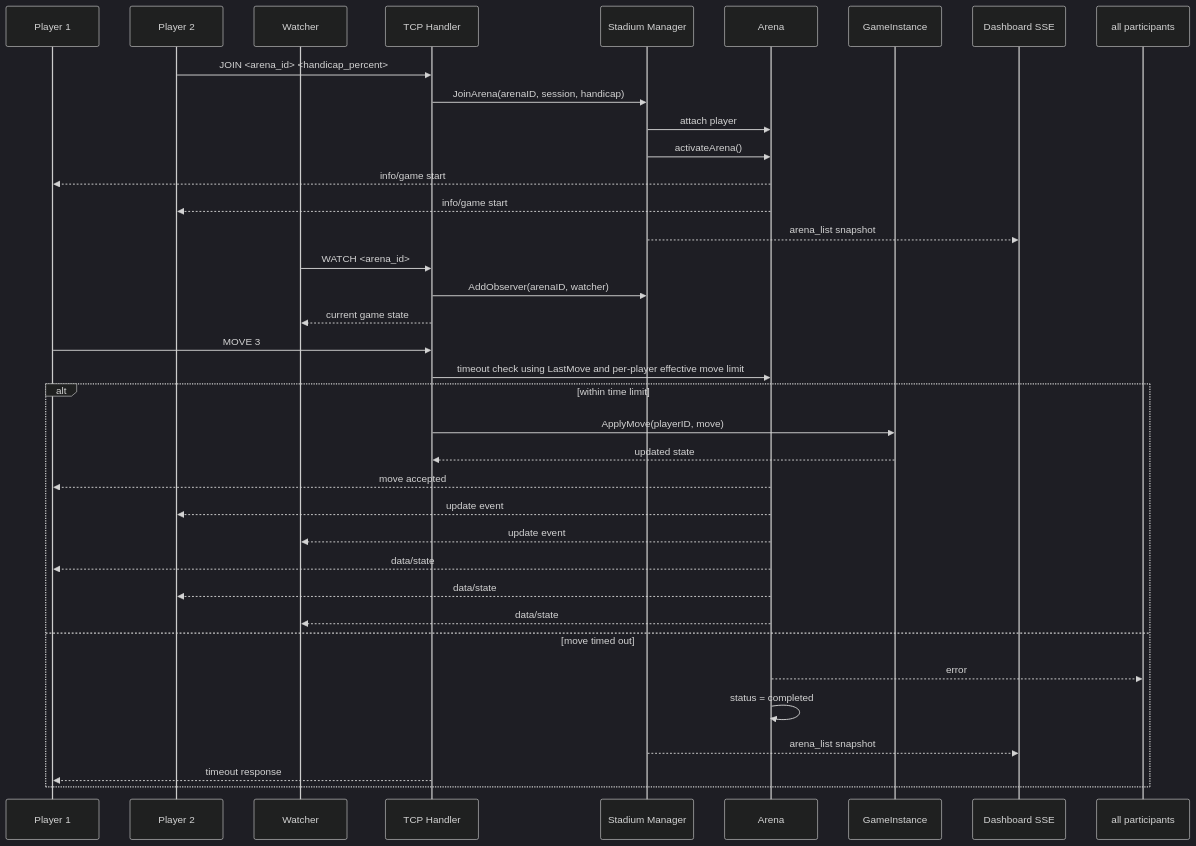
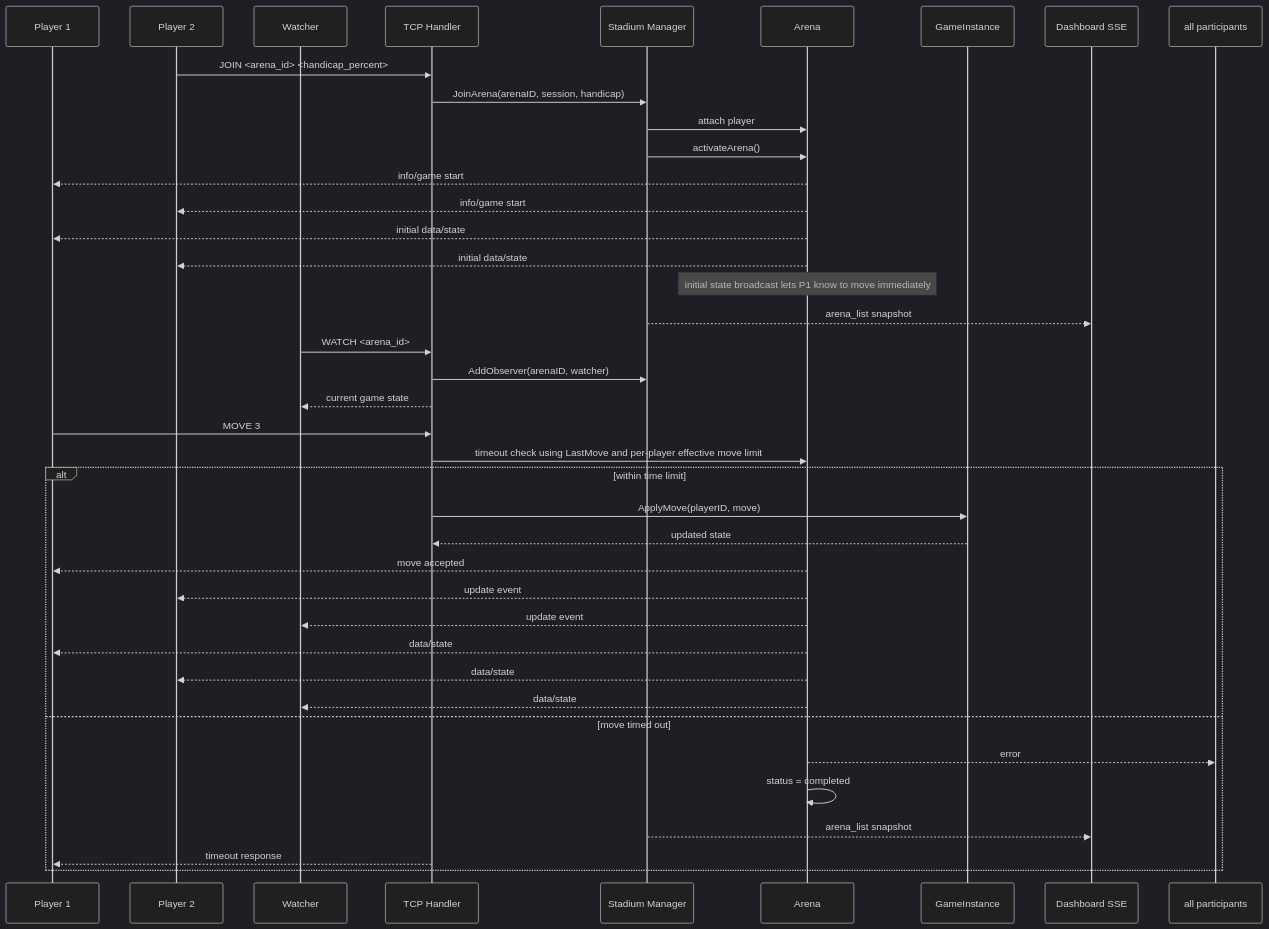
Before and after one commit to JonKirkpatrick/GoBots: the fourth of 7 diagrams in ARCHITECTURE.md, drawn with Mermaid (dark theme). The commit also changed other lines of this file and 19 other files, not shown here.

````diff
--- a/ARCHITECTURE.md
+++ b/ARCHITECTURE.md
@@ -223,41 +229,44 @@
 ```mermaid
 sequenceDiagram
     participant P1 as Player 1
     participant P2 as Player 2
     participant W as Watcher
     participant TCP as TCP Handler
     participant M as Stadium Manager
     participant A as Arena
     participant G as GameInstance
     participant D as Dashboard SSE
 
     P2->>TCP: JOIN <arena_id> <handicap_percent>
     TCP->>M: JoinArena(arenaID, session, handicap)
     M->>A: attach player
     M->>A: activateArena()
     A-->>P1: info/game start
     A-->>P2: info/game start
+    A-->>P1: initial data/state
+    A-->>P2: initial data/state
+    Note over A: initial state broadcast lets P1 know to move immediately
     M-->>D: arena_list snapshot
 
     W->>TCP: WATCH <arena_id>
     TCP->>M: AddObserver(arenaID, watcher)
     TCP-->>W: current game state
 
     P1->>TCP: MOVE 3
     TCP->>A: timeout check using LastMove and per-player effective move limit
     alt within time limit
         TCP->>G: ApplyMove(playerID, move)
         G-->>TCP: updated state
         A-->>P1: move accepted
         A-->>P2: update event
         A-->>W: update event
         A-->>P1: data/state
         A-->>P2: data/state
         A-->>W: data/state
     else move timed out
         A-->>all participants: error
         A->>A: status = completed
         M-->>D: arena_list snapshot
         TCP-->>P1: timeout response
     end
 ```
````
